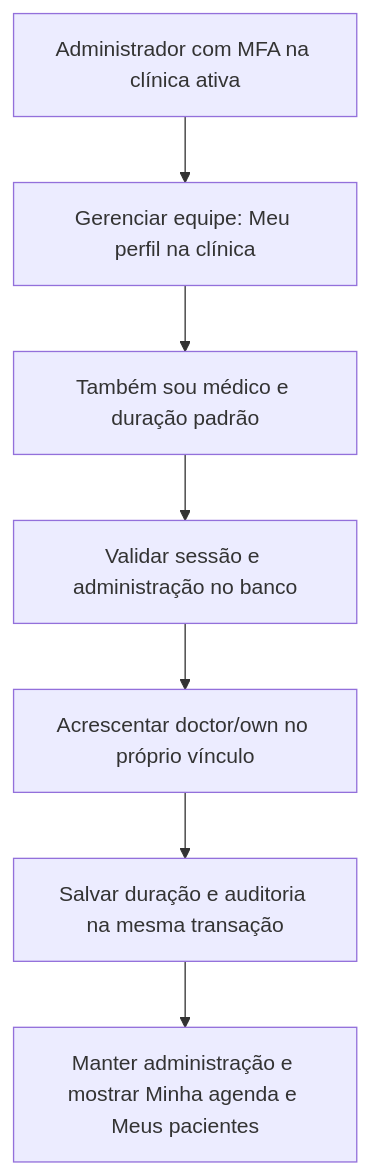
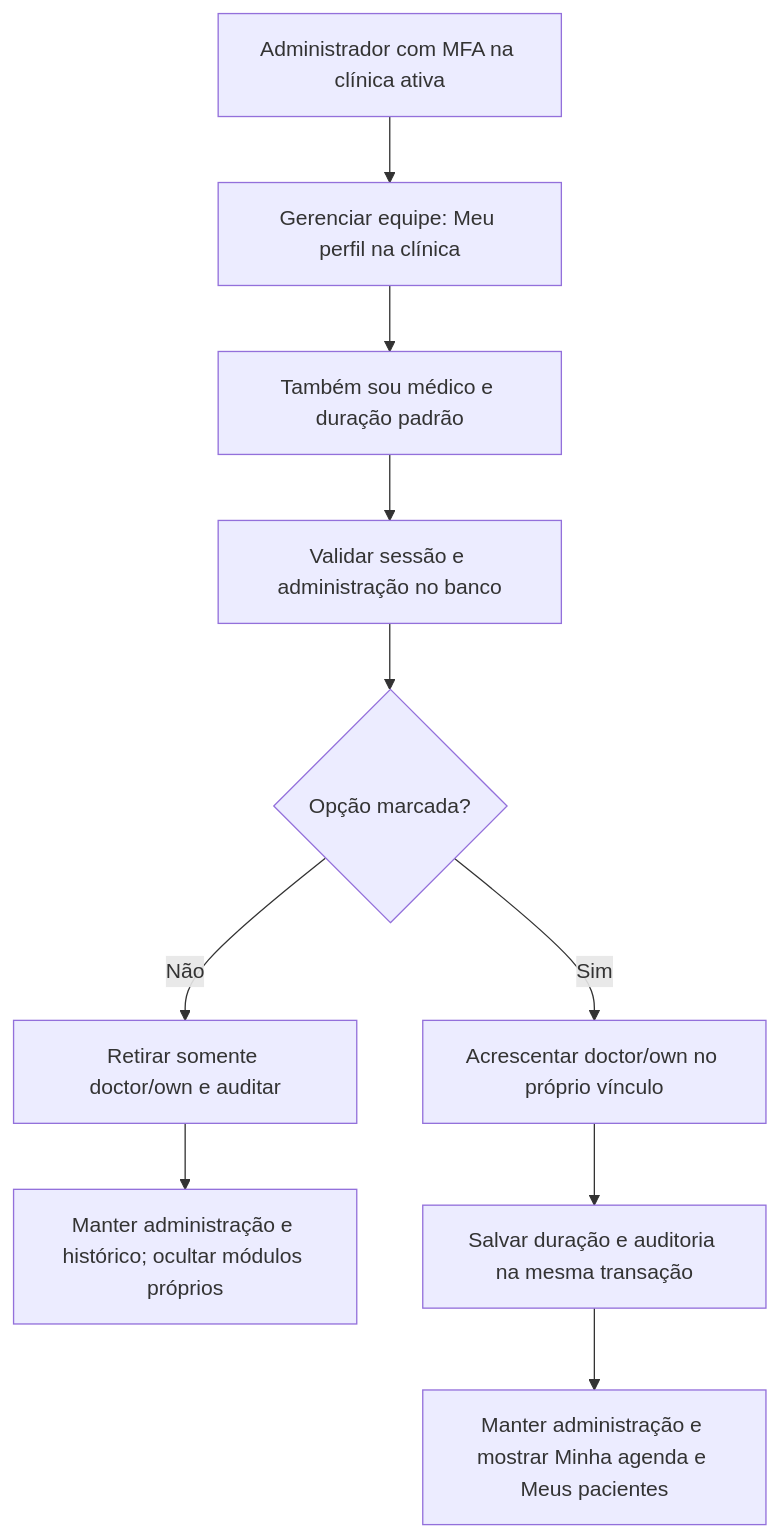
The first of 3 diagrams in docs/equipe-clinica.md (ArthurSarva/IntegraConsultas), drawn with Mermaid before and after one commit. The commit also changed other lines of this file, not shown here.

````diff
--- a/docs/equipe-clinica.md
+++ b/docs/equipe-clinica.md
@@ -29,9 +31,12 @@
 ```mermaid
 flowchart TD
     A[Administrador com MFA na clínica ativa] --> B[Gerenciar equipe: Meu perfil na clínica]
     B --> C[Também sou médico e duração padrão]
     C --> D[Validar sessão e administração no banco]
-    D --> E[Acrescentar doctor/own no próprio vínculo]
+    D --> X{Opção marcada?}
+    X -->|Sim| E[Acrescentar doctor/own no próprio vínculo]
+    X -->|Não| H[Retirar somente doctor/own e auditar]
+    H --> I[Manter administração e histórico; ocultar módulos próprios]
     E --> F[Salvar duração e auditoria na mesma transação]
     F --> G[Manter administração e mostrar Minha agenda e Meus pacientes]
 ```
````
